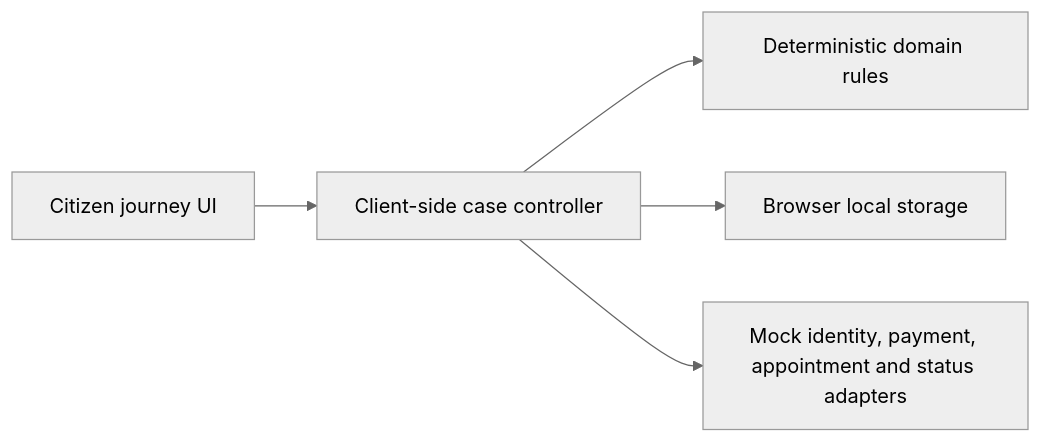
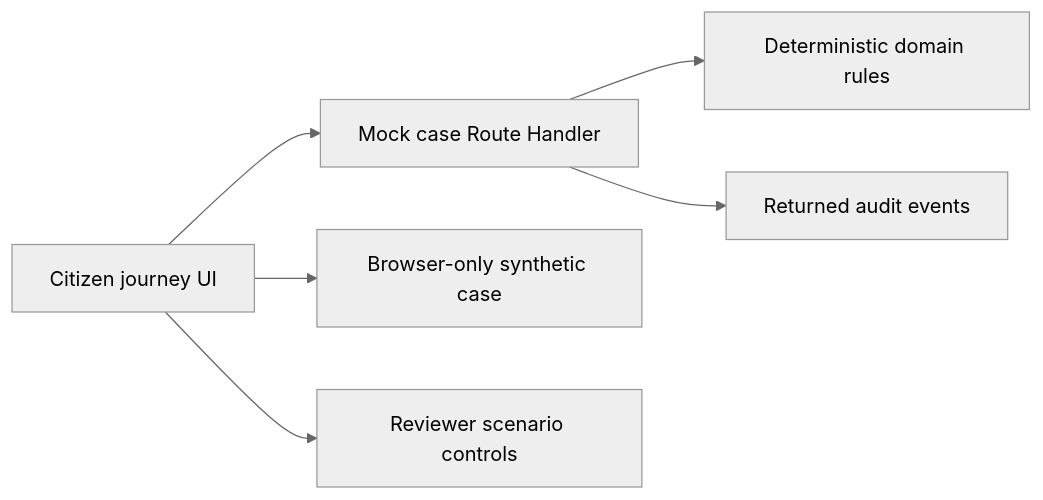
Before and after one commit to Businessagents/Sarathi-Portal: the diagram in README.md, drawn with Mermaid (neutral theme). The commit also changed other lines of this file and 15 other files, not shown here.

````diff
--- a/README.md
+++ b/README.md
@@ -75,7 +83,8 @@
 ```mermaid
 flowchart LR
-  UI[Citizen journey UI] --> CASE[Client-side case controller]
-  CASE --> RULES[Deterministic domain rules]
-  CASE --> STORE[Browser local storage]
-  CASE --> MOCKS[Mock identity, payment, appointment and status adapters]
+  UI[Citizen journey UI] --> API[Mock case Route Handler]
+  UI --> STORE[Browser-only synthetic case]
+  API --> RULES[Deterministic domain rules]
+  API --> AUDIT[Returned audit events]
+  UI --> MOCKS[Reviewer scenario controls]
 ```
````
